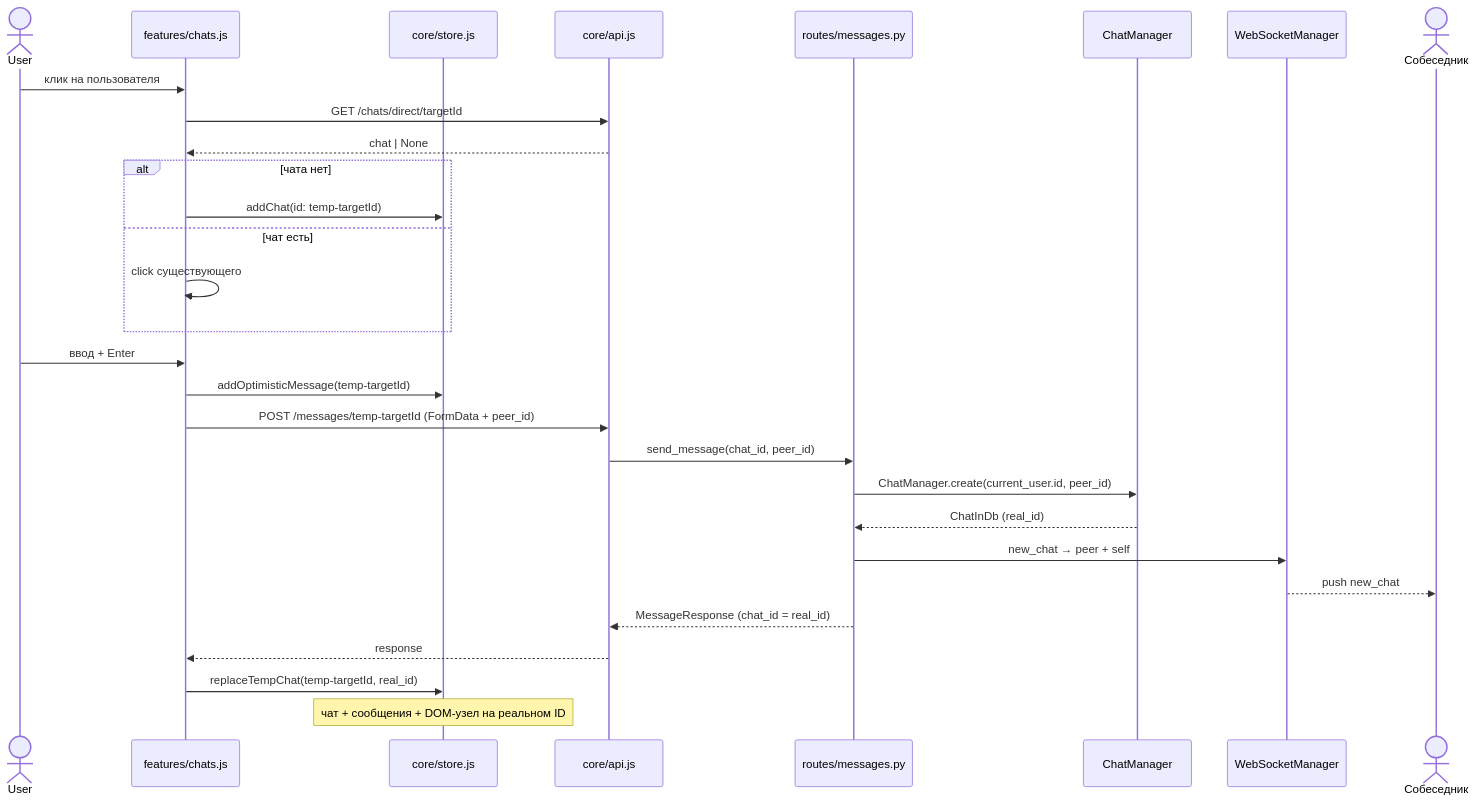
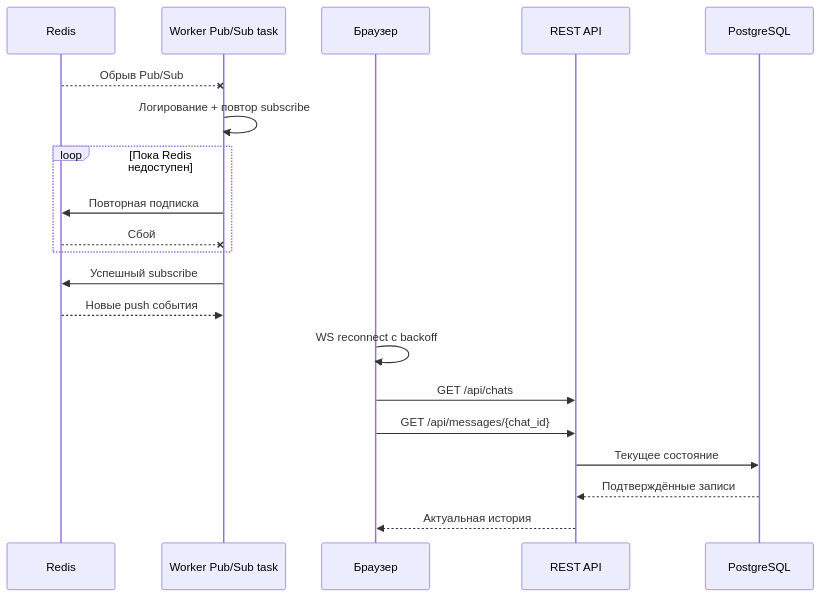
Before and after one commit to ITouch228/fastapi-realtime-messenger: the fourth of 6 diagrams in docs/data_flow.md, drawn with Mermaid. The commit also changed other lines of this file and 8 other files, not shown here.

First line of the commit message:
docs: актуализировать README, диаграммы и правила Git (#14)

````diff
--- a/docs/data_flow.md
+++ b/docs/data_flow.md
@@ -284,32 +81,22 @@
 ```mermaid
 sequenceDiagram
-    actor User
-    participant Chats as features/chats.js
-    participant Store as core/store.js
-    participant API as core/api.js
-    participant Route as routes/messages.py
-    participant Mgr as ChatManager
-    participant WS as WebSocketManager
-    actor Peer as Собеседник
-
-    User->>Chats: клик на пользователя
-    Chats->>API: GET /chats/direct/targetId
-    API-->>Chats: chat | None
-    alt чата нет
-        Chats->>Store: addChat(id: temp-targetId)
-    else чат есть
-        Chats->>Chats: click существующего
+    participant R as Redis
+    participant S as Worker Pub/Sub task
+    participant B as Браузер
+    participant API as REST API
+    participant PG as PostgreSQL
+    R--xS: Обрыв Pub/Sub
+    S->>S: Логирование + повтор subscribe
+    loop Пока Redis недоступен
+        S->>R: Повторная подписка
+        R--xS: Сбой
     end
-    User->>Chats: ввод + Enter
-    Chats->>Store: addOptimisticMessage(temp-targetId)
-    Chats->>API: POST /messages/temp-targetId (FormData + peer_id)
-    API->>Route: send_message(chat_id, peer_id)
-    Route->>Mgr: ChatManager.create(current_user.id, peer_id)
-    Mgr-->>Route: ChatInDb (real_id)
-    Route->>WS: new_chat → peer + self
-    WS-->>Peer: push new_chat
-    Route-->>API: MessageResponse (chat_id = real_id)
-    API-->>Chats: response
-    Chats->>Store: replaceTempChat(temp-targetId, real_id)
-    Note over Store: чат + сообщения + DOM-узел на реальном ID
+    S->>R: Успешный subscribe
+    R-->>S: Новые push события
+    B->>B: WS reconnect с backoff
+    B->>API: GET /api/chats
+    B->>API: GET /api/messages/{chat_id}
+    API->>PG: Текущее состояние
+    PG-->>API: Подтверждённые записи
+    API-->>B: Актуальная история
 ```
````
